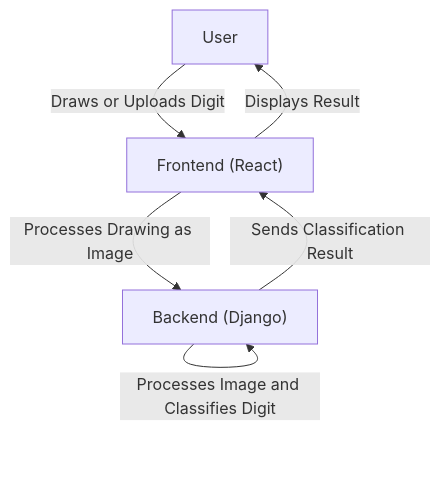
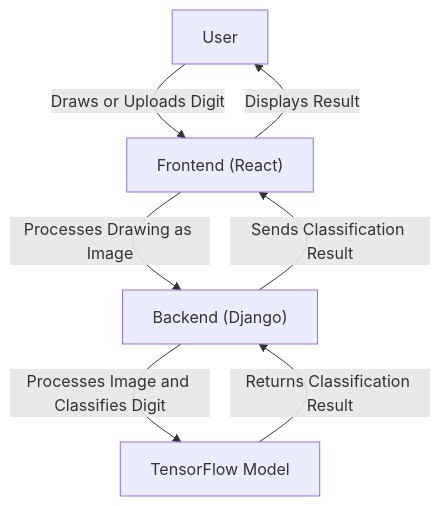
The diagram in README.md (dev-ai-kar/expert-enigma), drawn with Mermaid before and after one commit.

Commit message:
Update README.md to include TensorFlow model in the diagram

````diff
--- a/README.md
+++ b/README.md
@@ -3,8 +3,9 @@
 ```mermaid
 graph TD
     User[User] -->|Draws or Uploads Digit| Frontend["Frontend (React)"]
     Frontend -->|Processes Drawing as Image| Backend["Backend (Django)"]
-    Backend -->|Processes Image and Classifies Digit| Backend
+    Backend -->|Processes Image and Classifies Digit| TensorFlowModel["TensorFlow Model"]
+    TensorFlowModel -->|Returns Classification Result| Backend
     Backend -->|Sends Classification Result| Frontend
     Frontend -->|Displays Result| User
 ```
````
